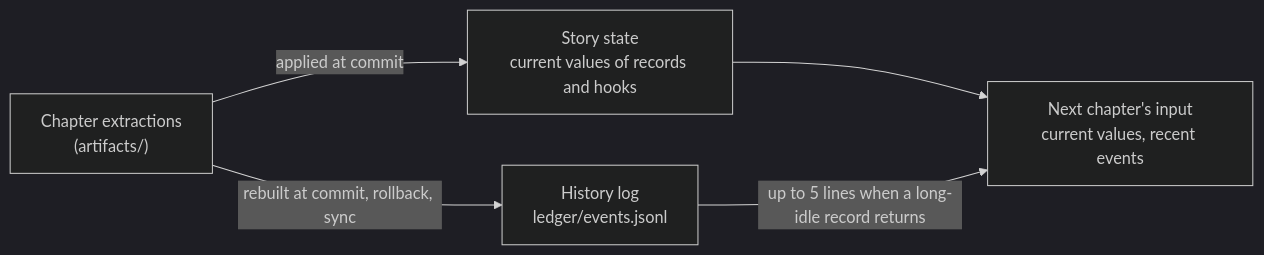
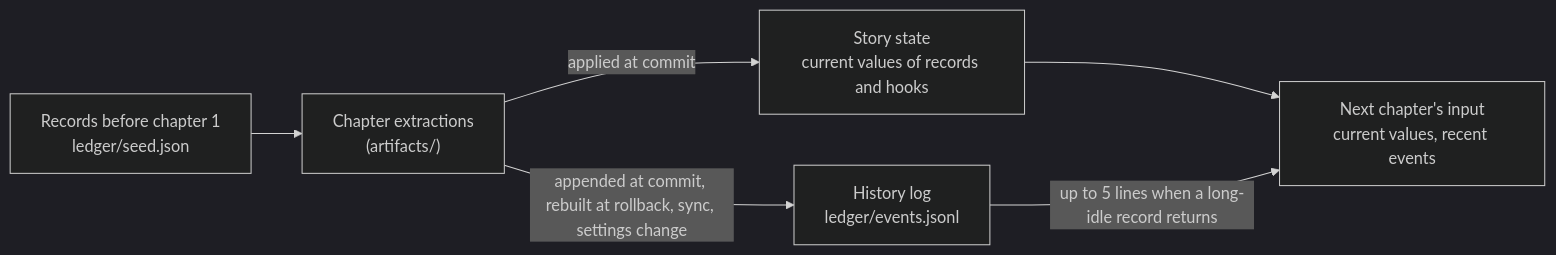
Before and after one commit to fbwndrud/vibelore: the third of 6 diagrams in docs/ARCHITECTURE.en.md, drawn with Mermaid (dark theme). The commit also changed other lines of this file and 7 other files, not shown here.

Commit message:
docs: ledger seed, per-chapter config, log digest, merge and input changes

````diff
--- a/docs/ARCHITECTURE.en.md
+++ b/docs/ARCHITECTURE.en.md
@@ -78,7 +78,8 @@
 ```mermaid
 flowchart LR
+    S["Records before chapter 1<br/>ledger/seed.json"] --> X
     X["Chapter extractions<br/>(artifacts/)"] -->|"applied at commit"| N["Story state<br/>current values of records and hooks"]
-    X -->|"rebuilt at commit, rollback, sync"| L["History log<br/>ledger/events.jsonl"]
+    X -->|"appended at commit, rebuilt at rollback, sync, settings change"| L["History log<br/>ledger/events.jsonl"]
     N --> I["Next chapter's input<br/>current values, recent events"]
     L -->|"up to 5 lines when a long-idle record returns"| I
 ```
````
